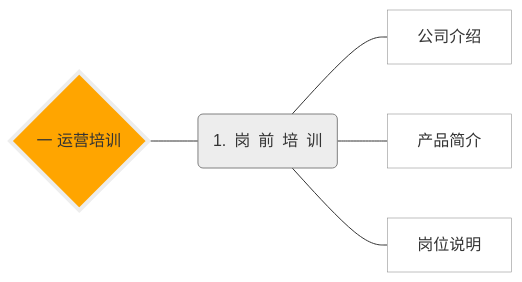
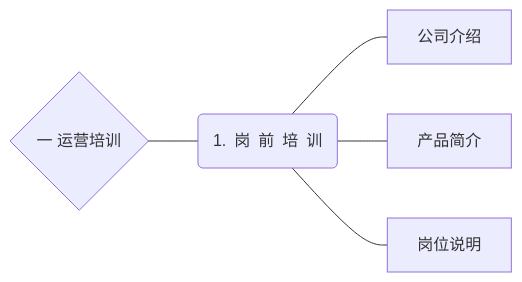
Before and after one commit to Xiyue-team/doc_op: the diagram in index.md, drawn with Mermaid.

````diff
--- a/index.md
+++ b/index.md
@@ -6,12 +6,7 @@
 ```mermaid
 graph LR
     A{一 运营培训} --- a( 1.&ensp;岗&ensp;前&ensp;培&ensp;训 )    
-    style A fill:orange,stroke:#EDEDED,stroke-width:4px
-    style a fill:#EDEDED,stroke:gray,stroke-width:1px
     a --- 1[公司介绍] 
-    style 1 fill:white,stroke:gray,stroke-width:0.5px 
     a --- 2[产品简介] 
-    style 2 fill:white,stroke:gray,stroke-width:0.5px 
     a --- 3[岗位说明] 
-    style 3 fill:white,stroke:gray,stroke-width:0.5px 
 ```
````
